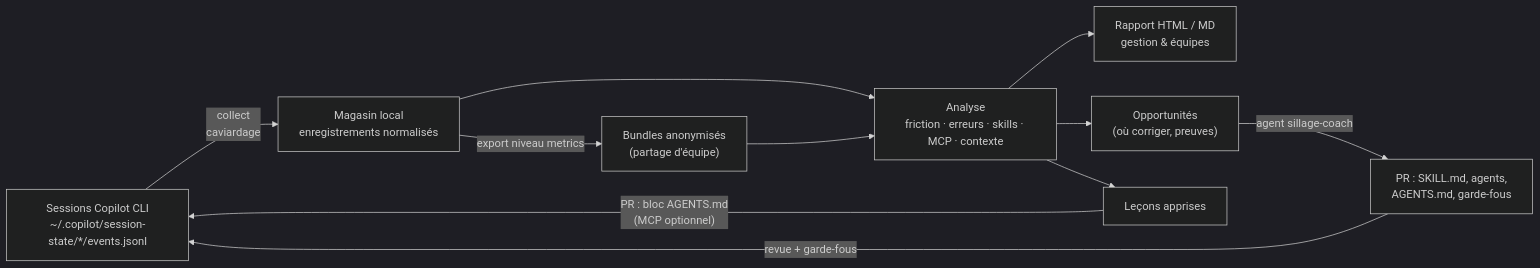
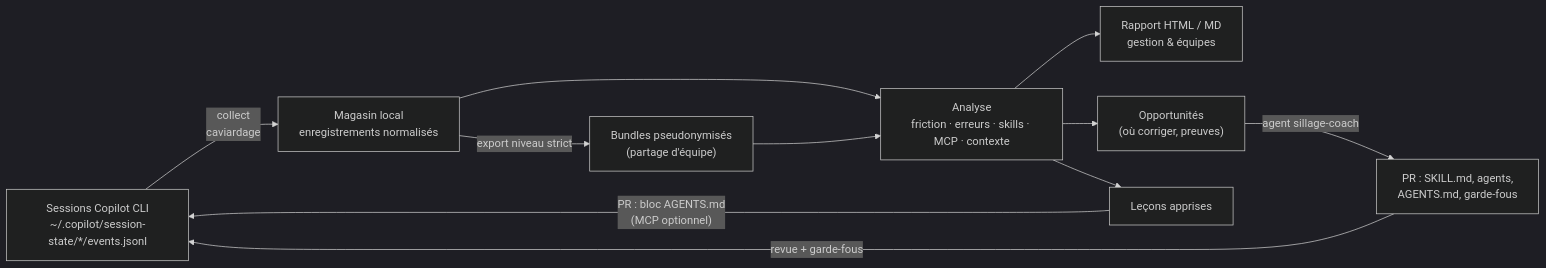
The diagram in README.md (boisvertmathieu/sillage), drawn with Mermaid (dark theme) before and after one commit. The commit also changed other lines of this file and 3 other files, not shown here.

````diff
--- a/README.md
+++ b/README.md
@@ -24,13 +24,13 @@
 ```mermaid
 flowchart LR
   A["Sessions Copilot CLI<br/>~/.copilot/session-state/*/events.jsonl"] -->|collect<br/>caviardage| B["Magasin local<br/>enregistrements normalisés"]
-  B -->|export niveau metrics| C["Bundles anonymisés<br/>(partage d'équipe)"]
+  B -->|export niveau strict| C["Bundles pseudonymisés<br/>(partage d'équipe)"]
   B --> D["Analyse<br/>friction · erreurs · skills · MCP · contexte"]
   C --> D
   D --> E["Rapport HTML / MD<br/>gestion & équipes"]
   D --> F["Opportunités<br/>(où corriger, preuves)"]
   D --> G["Leçons apprises"]
   F -->|agent sillage-coach| H["PR : SKILL.md, agents,<br/>AGENTS.md, garde-fous"]
   G -->|"PR : bloc AGENTS.md<br/>(MCP optionnel)"| A
   H -->|revue + garde-fous| A
 ```
````
